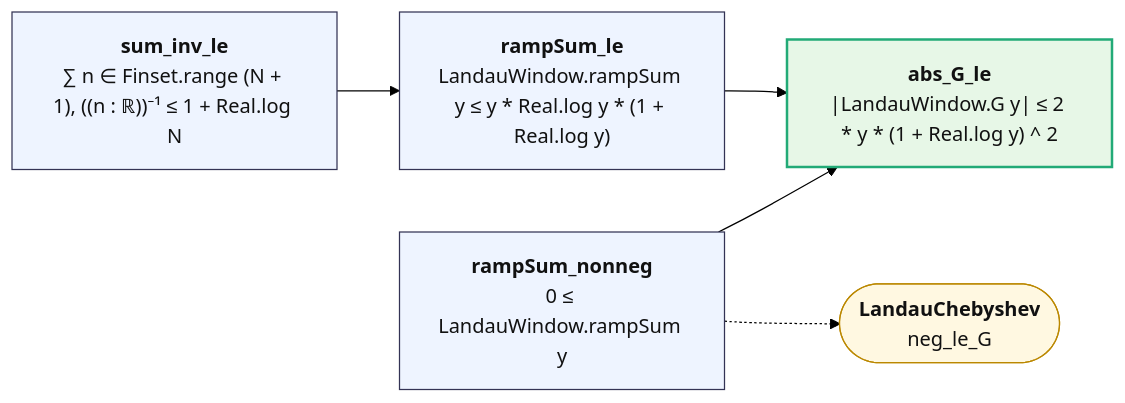
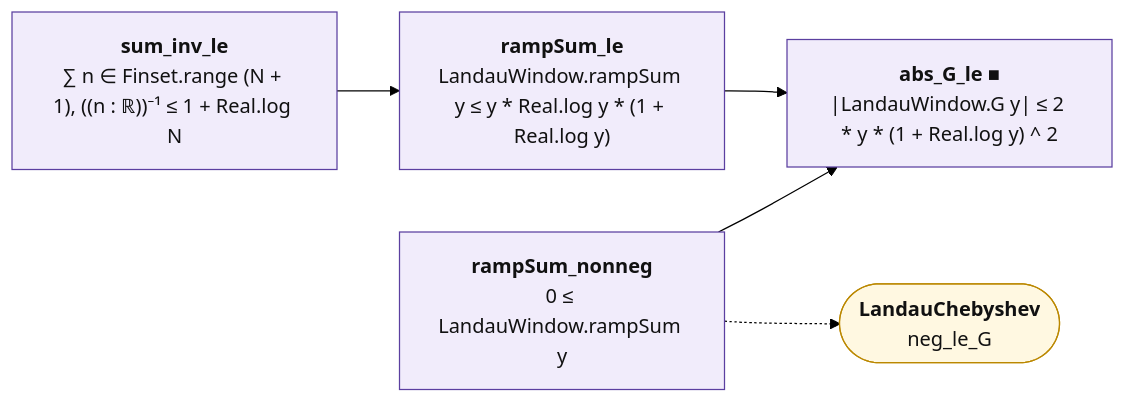
Before and after one commit to juliansambranojr/Primebeat_081426: the diagram in map/lean_stage3/LandauCrude.md, drawn with Mermaid (forest theme). The commit also changed other lines of this file and 398 other files, not shown here.

````diff
--- a/map/lean_stage3/LandauCrude.md
+++ b/map/lean_stage3/LandauCrude.md
@@ -12,17 +12,20 @@
 ```mermaid
 flowchart LR
-  n0["<b>rampSum_nonneg</b><br/>0 ≤ LandauWindow.rampSum y"]:::thm
-  n1["<b>sum_inv_le</b><br/>∑ n ∈ Finset.range (N + 1), ((n : ℝ))⁻¹ ≤ 1 + Real.log N"]:::thm
-  n2["<b>rampSum_le</b><br/>LandauWindow.rampSum y ≤ y * Real.log y * (1 + Real.log y)"]:::thm
-  n3["<b>abs_G_le</b><br/>|LandauWindow.G y| ≤ 2 * y * (1 + Real.log y) ^ 2"]:::end_
+  n0["<b>rampSum_nonneg</b><br/>0 ≤ LandauWindow.rampSum y"]:::shp
+  n1["<b>sum_inv_le</b><br/>∑ n ∈ Finset.range (N + 1), ((n : ℝ))⁻¹ ≤ 1 + Real.log N"]:::shp
+  n2["<b>rampSum_le</b><br/>LandauWindow.rampSum y ≤ y * Real.log y * (1 + Real.log y)"]:::shp
+  n3["<b>abs_G_le ■</b><br/>|LandauWindow.G y| ≤ 2 * y * (1 + Real.log y) ^ 2"]:::shp
   x0(["<b>LandauChebyshev</b><br/>neg_le_G"]):::ext
   n0 --> n3
   n1 --> n2
   n2 --> n3
   n0 -.-> x0
+  classDef cnt fill:#dff5ec,stroke:#17694a,color:#111
+  classDef shp fill:#f1ecfb,stroke:#5b3fa0,color:#111
+  classDef rh fill:#ffe5e5,stroke:#c22,color:#111,stroke-width:2px
   classDef thm fill:#eef4ff,stroke:#335,color:#111
   classDef end_ fill:#e7f7e7,stroke:#2a7,color:#111,stroke-width:2px
   classDef lone fill:#fff,stroke:#999,color:#111,stroke-dasharray:4 3
   classDef bad fill:#ffe5e5,stroke:#c22,color:#111,stroke-width:2px
   classDef ext fill:#fff8e1,stroke:#b80,color:#111
 ```
````
